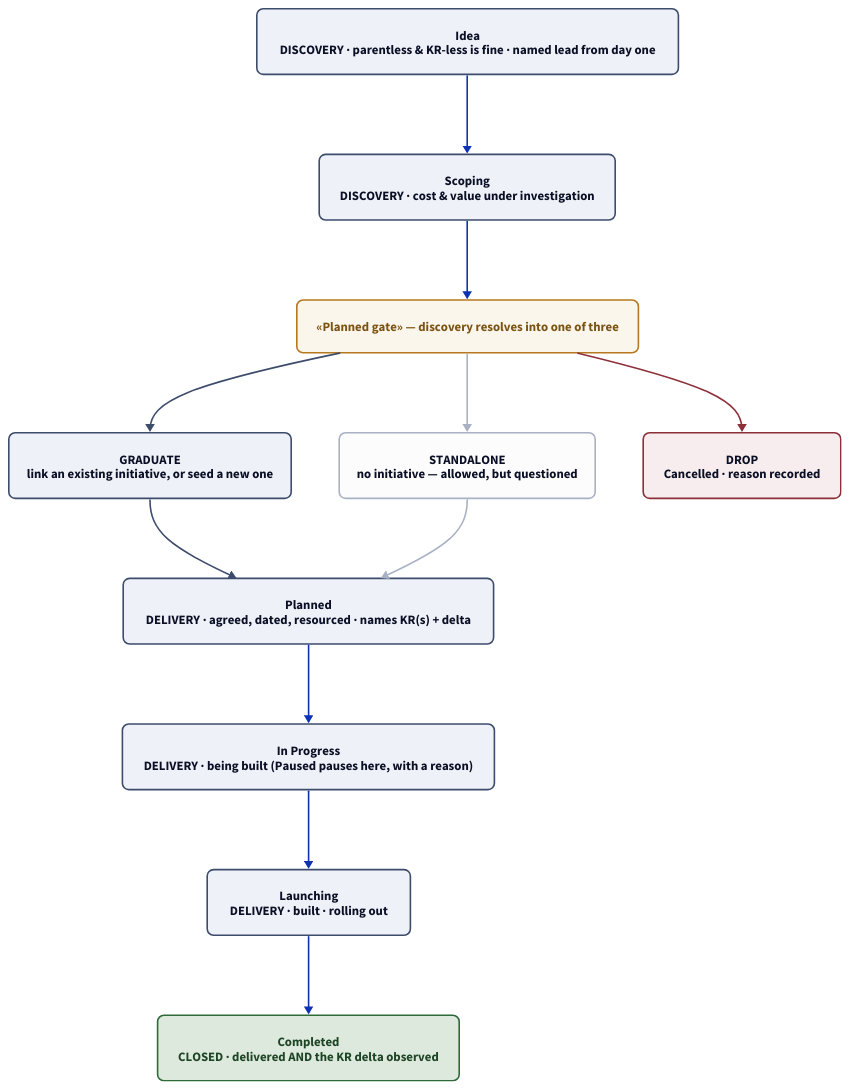
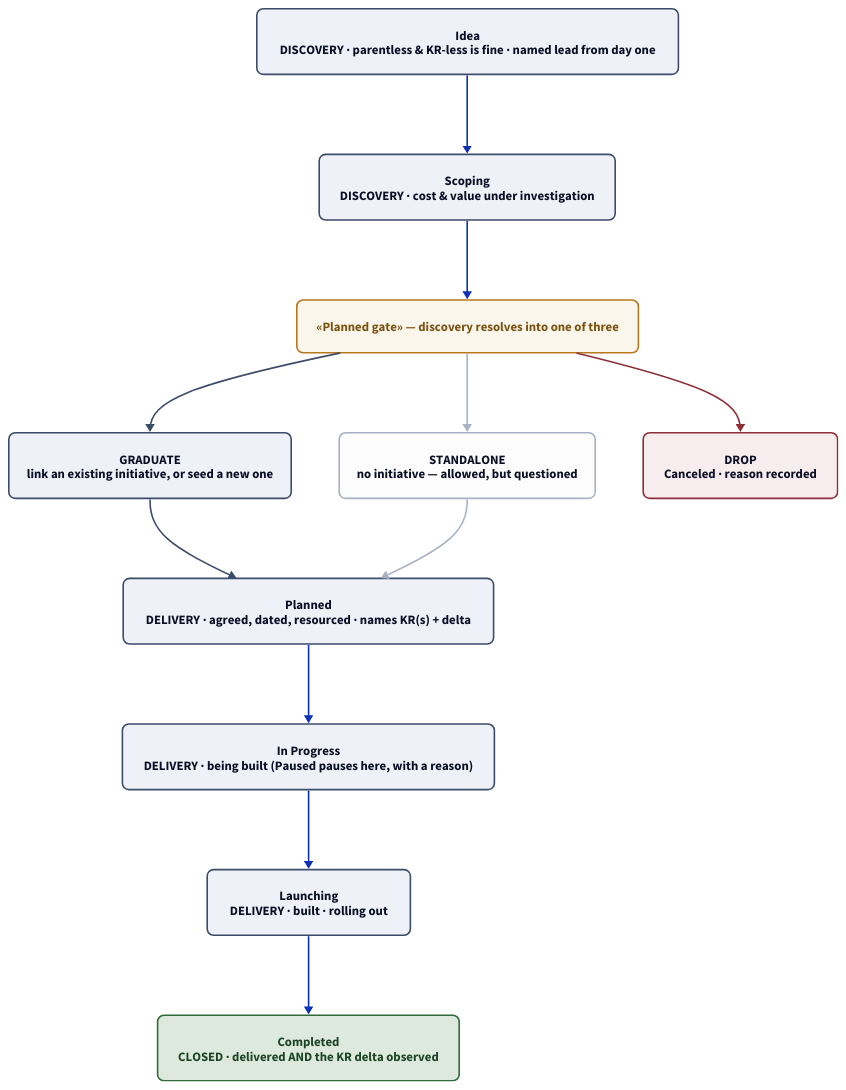
Before and after one commit to hungovercoders/linear-work-management: the diagram in docs/diagrams/project-lifecycle.d2, drawn with D2. The commit also changed 9 other files, not shown here.

````diff
--- a/docs/diagrams/project-lifecycle.d2
+++ b/docs/diagrams/project-lifecycle.d2
@@ -1,56 +1,56 @@
 # Project lifecycle: how one project starts, graduates and delivers.
 # Rendered inline on the Projects page via Kroki (```kroki-d2```).
 # Distinct from model.d2 (relationships): this is the flow through the states.
 # Deliberately flat + acyclic (no nested containers, no back-edges) so the layout
 # engine keeps it a clean vertical spine rather than tangling.
 
 direction: down
 
 # ---- discovery ----
 idea: "Idea\nDISCOVERY · parentless & KR-less is fine · named lead from day one" {
   style: {fill: "#EEF1F7"; stroke: "#3D4C6B"; border-radius: 8; bold: true}
 }
 scoping: "Scoping\nDISCOVERY · cost & value under investigation" {
   style: {fill: "#EEF1F7"; stroke: "#3D4C6B"; border-radius: 8; bold: true}
 }
 
 # ---- the gate ----
 gate: "«Planned gate» — discovery resolves into one of three" {
   style: {fill: "#FBF6EC"; stroke: "#B7791F"; border-radius: 8; bold: true; font-color: "#7A5312"}
 }
 
 # ---- the three outcomes ----
 graduate: "GRADUATE\nlink an existing initiative, or seed a new one" {
   style: {fill: "#EEF1F7"; stroke: "#3D4C6B"; border-radius: 8; bold: true}
 }
 standalone: "STANDALONE\nno initiative — allowed, but questioned" {
   style: {fill: "#FCFCFD"; stroke: "#A9B2C4"; border-radius: 8}
 }
-drop: "DROP\nCancelled · reason recorded" {
+drop: "DROP\nCanceled · reason recorded" {
   style: {fill: "#F8EDEE"; stroke: "#8C2F39"; border-radius: 8}
 }
 
 # ---- delivery ----
 planned: "Planned\nDELIVERY · agreed, dated, resourced · names KR(s) + delta" {
   style: {fill: "#EEF1F7"; stroke: "#3D4C6B"; border-radius: 8; bold: true}
 }
 inprogress: "In Progress\nDELIVERY · being built  (Paused pauses here, with a reason)" {
   style: {fill: "#EEF1F7"; stroke: "#3D4C6B"; border-radius: 8; bold: true}
 }
 launching: "Launching\nDELIVERY · built · rolling out" {
   style: {fill: "#EEF1F7"; stroke: "#3D4C6B"; border-radius: 8; bold: true}
 }
 
 # ---- closed ----
 completed: "Completed\nCLOSED · delivered AND the KR delta observed" {
   style: {fill: "#DCE9DC"; stroke: "#2F6B3A"; border-radius: 8; bold: true; font-color: "#1E4426"}
 }
 
 # ---- the spine (acyclic, top-to-bottom) ----
 idea -> scoping -> gate
 gate -> graduate {style.stroke: "#3D4C6B"}
 gate -> standalone {style.stroke: "#A9B2C4"}
 gate -> drop {style.stroke: "#8C2F39"}
 graduate -> planned {style.stroke: "#3D4C6B"}
 standalone -> planned {style.stroke: "#A9B2C4"}
 planned -> inprogress -> launching -> completed
````
